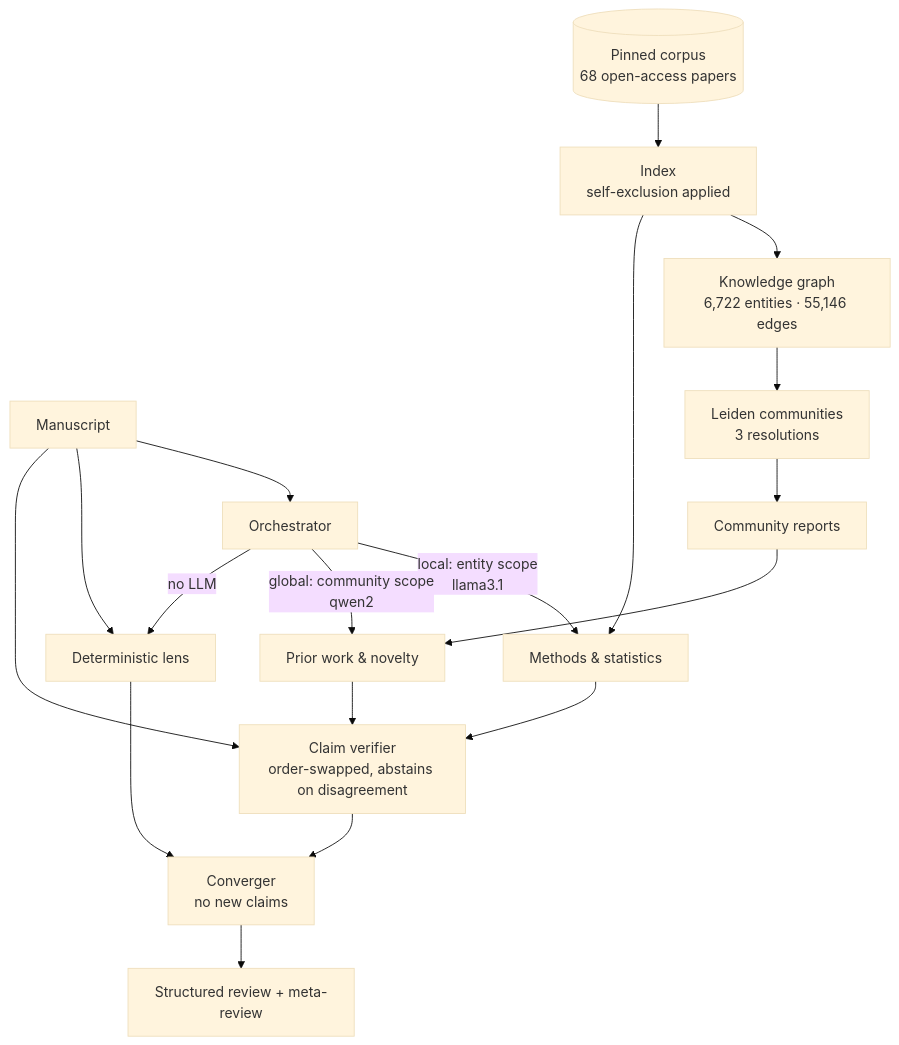
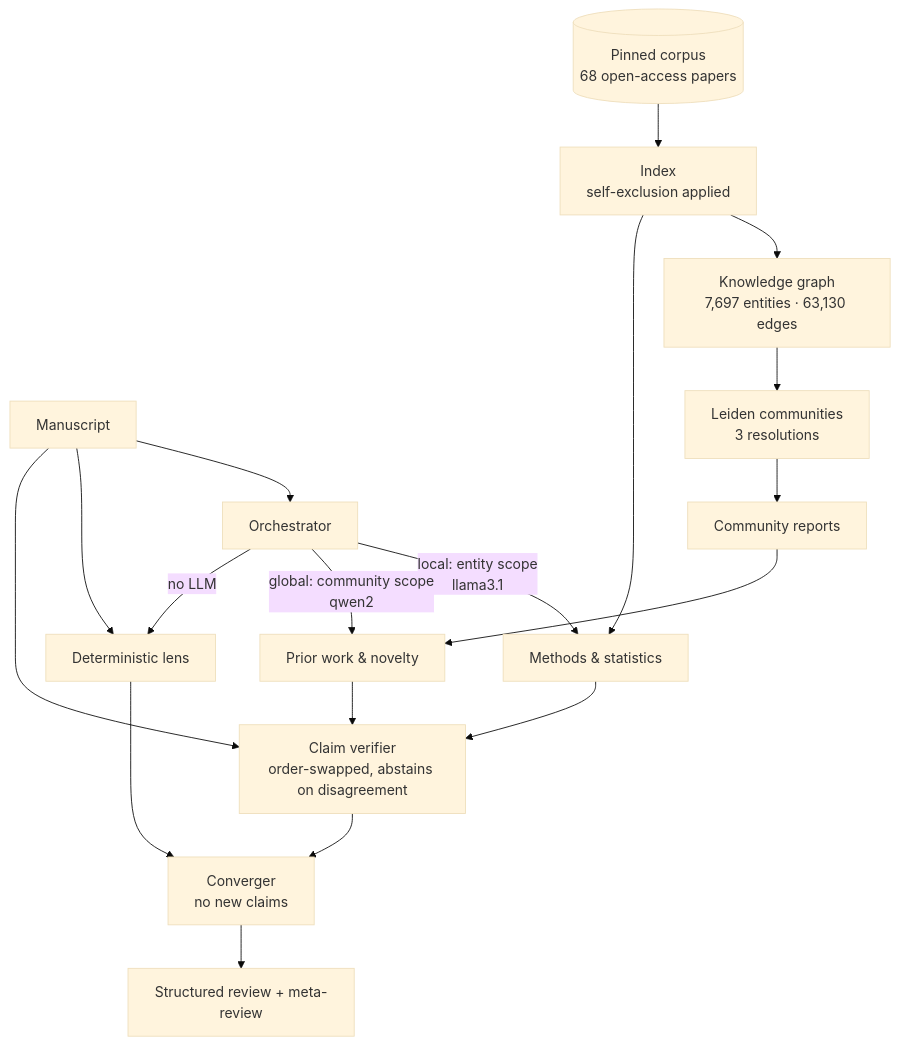
Before and after one commit to javrodriguez/peerpanel: the diagram in README.md, drawn with Mermaid (base theme). The commit also changed other lines of this file and 2150 other files, not shown here.

````diff
--- a/README.md
+++ b/README.md
@@ -11,22 +11,22 @@
 ```mermaid
 flowchart TB
     M[Manuscript] --> ORCH[Orchestrator]
     C[(Pinned corpus<br/>68 open-access papers)] --> IDX[Index<br/>self-exclusion applied]
-    IDX --> KG[Knowledge graph<br/>6,722 entities · 55,146 edges]
+    IDX --> KG[Knowledge graph<br/>7,697 entities · 63,130 edges]
     KG --> LEI[Leiden communities<br/>3 resolutions]
     LEI --> REP[Community reports]
 
     ORCH -->|local: entity scope<br/>llama3.1| R1[Methods & statistics]
     ORCH -->|global: community scope<br/>qwen2| R2[Prior work & novelty]
     ORCH -->|no LLM| R3[Deterministic lens]
     IDX --> R1
     REP --> R2
     M --> R3
 
     R1 --> V[Claim verifier<br/>order-swapped, abstains on disagreement]
     R2 --> V
     M --> V
     V --> CONV[Converger<br/>no new claims]
     R3 --> CONV
     CONV --> OUT[Structured review + meta-review]
 ```
````
